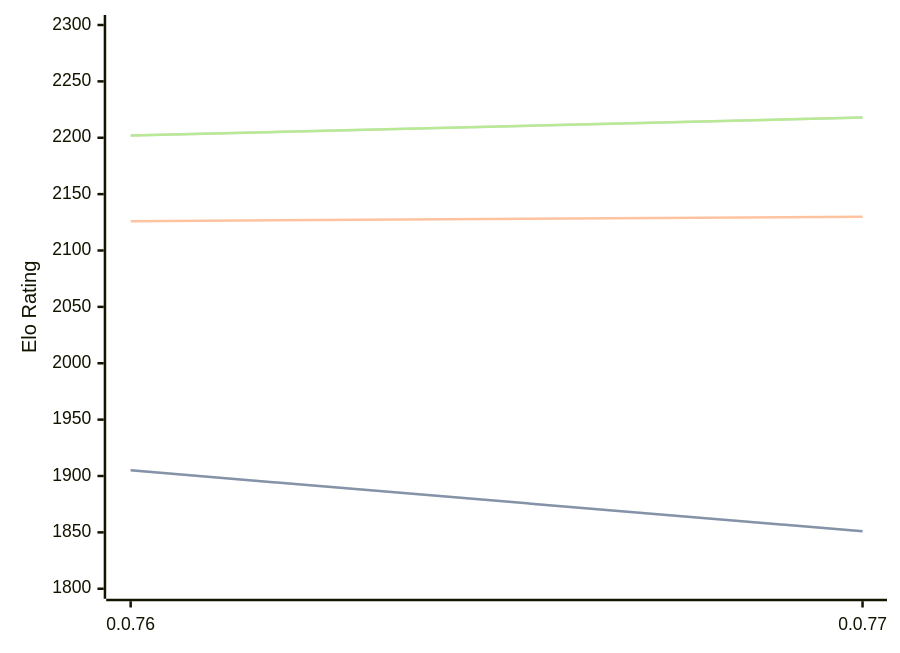
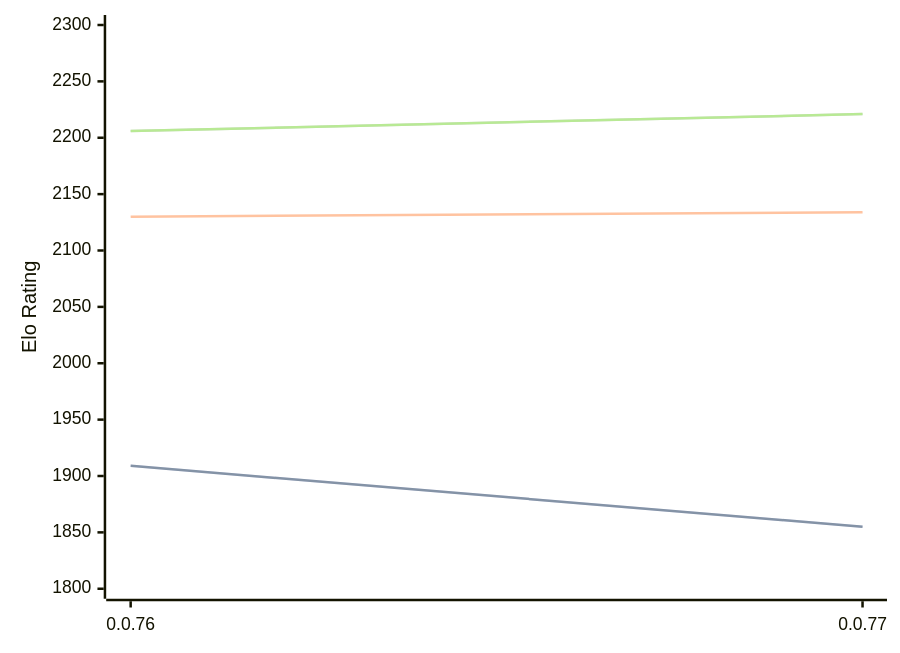
One commit to computer-chess-index/cci changed the diagram in engines/Fktb.md. Above: the diagram before and after it, drawn with Mermaid. The commit also changed other lines of this file, not shown here.

Commit message:
Update CCI Ratings (ELO VLTC) - 2026-08-18

````diff
--- a/engines/Fktb.md
+++ b/engines/Fktb.md
@@ -32,11 +32,11 @@
 ```mermaid
 %%{init: {"theme":"base","themeVariables":{"seriesColors:['#a3a3a3','#222221','#faa371']}}}%%
 xychart-beta
   x-axis ["0.0.76", "0.0.77"]
   y-axis "Elo Rating" 1800 --> 2300
-  line "STC (8.0+0.08s)" [1905, 1851]
-  line "STC (8.0+0.08s)" [1905, 1851]
-  line "LTC (60.0+0.60s)" [2126, 2130]
-  line "VLTC (2m24s+1.12s)" [2202, 2218]
-  line "VLTC (2m24s+1.12s)" [2202, 2218]
+  line "STC (8.0+0.08s)" [1909, 1855]
+  line "STC (8.0+0.08s)" [1909, 1855]
+  line "LTC (60.0+0.60s)" [2130, 2134]
+  line "VLTC (2m24s+1.12s)" [2206, 2221]
+  line "VLTC (2m24s+1.12s)" [2206, 2221]
 ```
````
